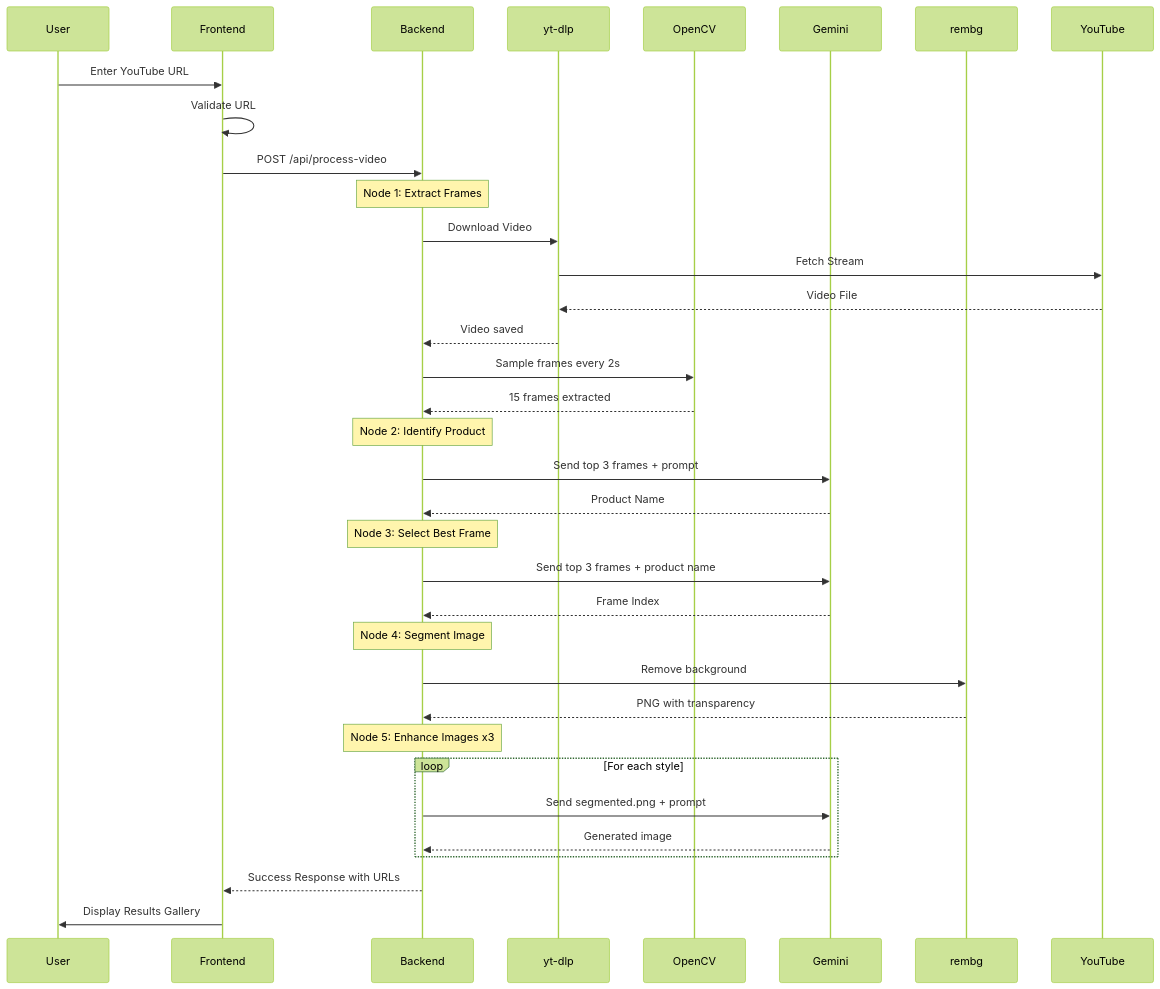
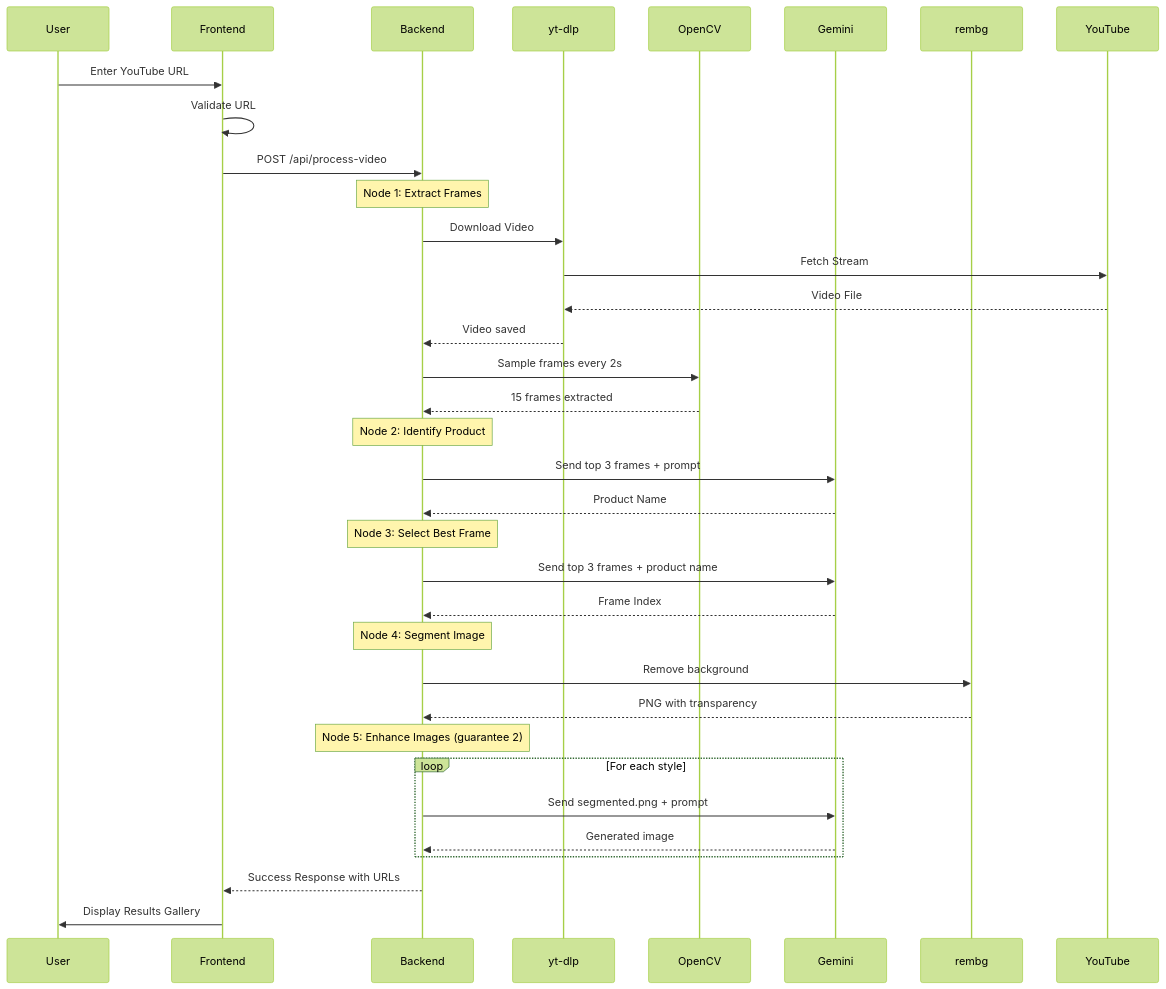
The second of 5 diagrams in docs/architecture-diagrams.md (rajdesai17/ai-product-image), drawn with Mermaid (forest theme) before and after one commit. The commit also changed other lines of this file, not shown here.

````diff
--- a/docs/architecture-diagrams.md
+++ b/docs/architecture-diagrams.md
@@ -106,43 +106,43 @@
 ```mermaid
 sequenceDiagram
     participant User
     participant Frontend
     participant Backend
     participant ytdlp as yt-dlp
     participant OpenCV
     participant Gemini
     participant rembg
     
     User->>Frontend: Enter YouTube URL
     Frontend->>Frontend: Validate URL
     Frontend->>Backend: POST /api/process-video
     
     Note over Backend: Node 1: Extract Frames
     Backend->>ytdlp: Download Video
     ytdlp->>YouTube: Fetch Stream
     YouTube-->>ytdlp: Video File
     ytdlp-->>Backend: Video saved
     Backend->>OpenCV: Sample frames every 2s
     OpenCV-->>Backend: 15 frames extracted
     
     Note over Backend: Node 2: Identify Product
     Backend->>Gemini: Send top 3 frames + prompt
     Gemini-->>Backend: Product Name
     
     Note over Backend: Node 3: Select Best Frame
     Backend->>Gemini: Send top 3 frames + product name
     Gemini-->>Backend: Frame Index
     
     Note over Backend: Node 4: Segment Image
     Backend->>rembg: Remove background
     rembg-->>Backend: PNG with transparency
     
-    Note over Backend: Node 5: Enhance Images x3
+    Note over Backend: Node 5: Enhance Images (guarantee 2)
     loop For each style
         Backend->>Gemini: Send segmented.png + prompt
         Gemini-->>Backend: Generated image
     end
     
     Backend-->>Frontend: Success Response with URLs
     Frontend->>User: Display Results Gallery
 ```
````
